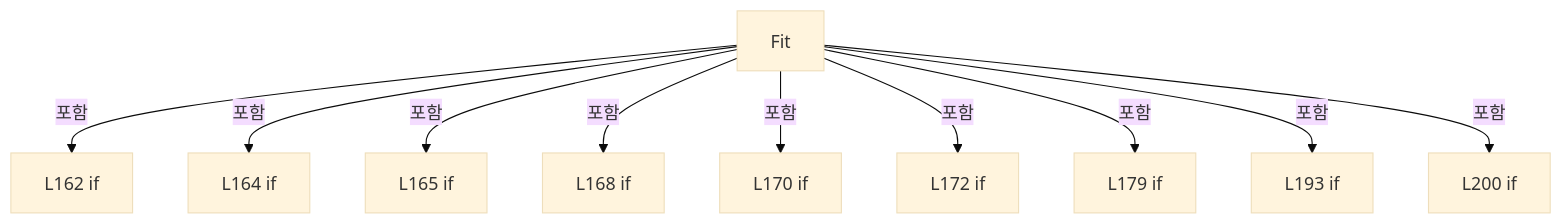
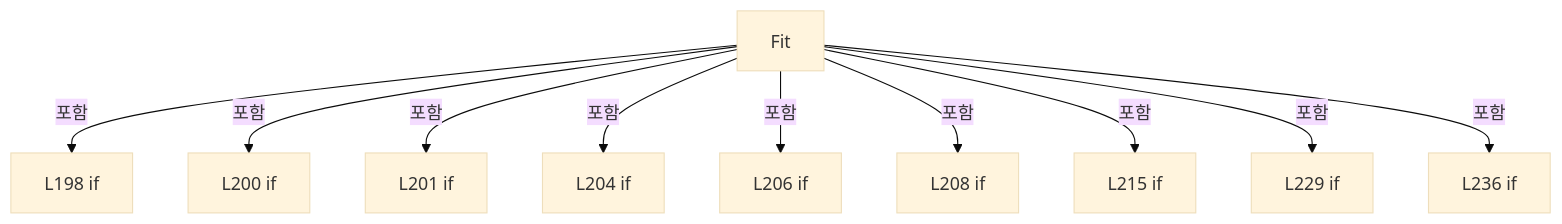
One commit to kjuws10-rgb/Shared changed diagram 14 of 16 in A3 LD Code Ref/files/Drilling.Common/Correction/CDefaultOffsetCalibration.cs.md. Above: the diagram before and after it, drawn with Mermaid (base theme). The commit also changed other lines of this file and 1984 other files, not shown here.

Commit message:
docs(a3): update 11.17.0 architecture and complete code reference

````diff
--- a/A3 LD Code Ref/files/Drilling.Common/Correction/CDefaultOffsetCalibration.cs.md
+++ b/A3 LD Code Ref/files/Drilling.Common/Correction/CDefaultOffsetCalibration.cs.md
@@ -1228,22 +1451,22 @@
 ```mermaid
 flowchart TD
  M["Fit"]
- N0["L162 if"]
+ N0["L198 if"]
  M -->|포함| N0
- N1["L164 if"]
+ N1["L200 if"]
  M -->|포함| N1
- N2["L165 if"]
+ N2["L201 if"]
  M -->|포함| N2
- N3["L168 if"]
+ N3["L204 if"]
  M -->|포함| N3
- N4["L170 if"]
+ N4["L206 if"]
  M -->|포함| N4
- N5["L172 if"]
+ N5["L208 if"]
  M -->|포함| N5
- N6["L179 if"]
+ N6["L215 if"]
  M -->|포함| N6
- N7["L193 if"]
+ N7["L229 if"]
  M -->|포함| N7
- N8["L200 if"]
+ N8["L236 if"]
  M -->|포함| N8
 ```
````
